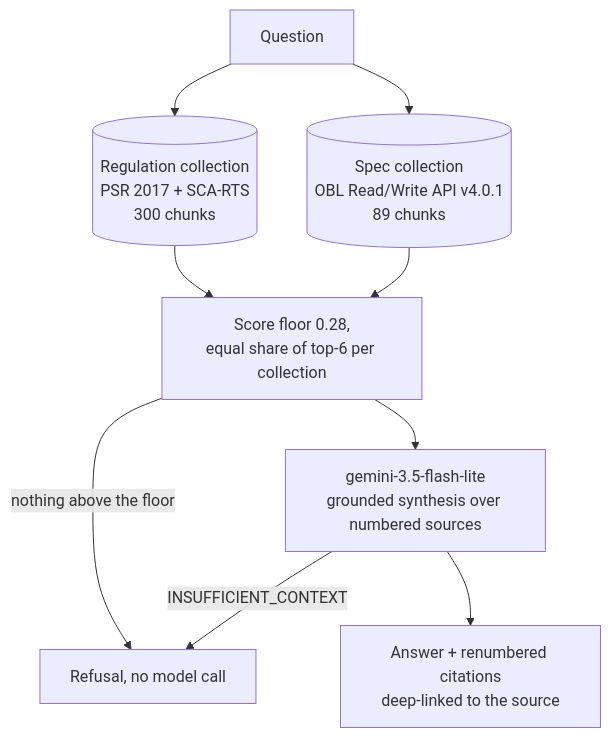
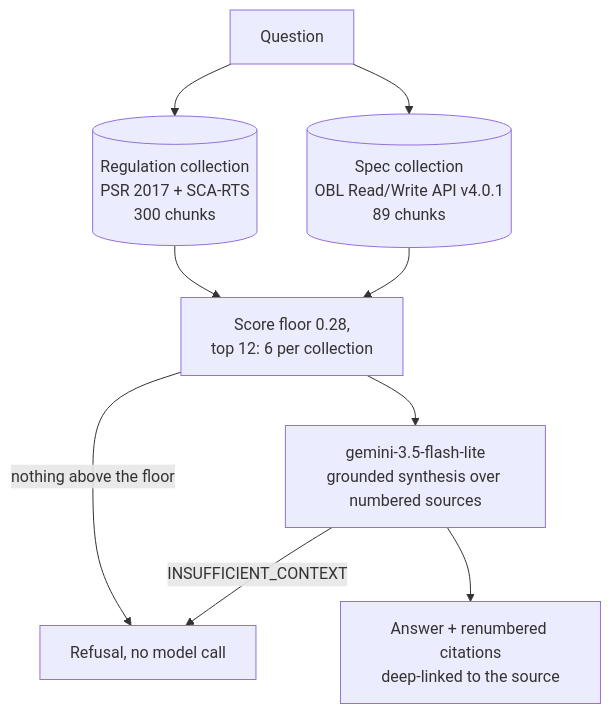
One commit to rochak779/open-banking-rag changed the diagram in docs/architecture.md. Above: the diagram before and after it, drawn with Mermaid. The commit also changed other lines of this file and 4 other files, not shown here.

First line of the commit message:
fix: keep 6 sources per collection now that every question searches both (#6)

````diff
--- a/docs/architecture.md
+++ b/docs/architecture.md
@@ -3,11 +3,11 @@
 ```mermaid
 flowchart TD
     Q[Question] --> RC[(Regulation collection<br/>PSR 2017 + SCA-RTS<br/>300 chunks)]
     Q --> SC[(Spec collection<br/>OBL Read/Write API v4.0.1<br/>89 chunks)]
-    RC --> M[Score floor 0.28,<br/>equal share of top-6 per collection]
+    RC --> M[Score floor 0.28,<br/>top 12: 6 per collection]
     SC --> M
     M -->|nothing above the floor| X[Refusal, no model call]
     M --> G[gemini-3.5-flash-lite<br/>grounded synthesis over numbered sources]
     G --> A[Answer + renumbered citations<br/>deep-linked to the source]
     G -->|INSUFFICIENT_CONTEXT| X
 ```
````
